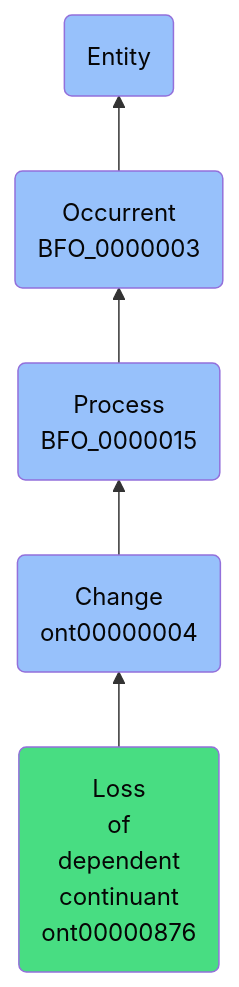
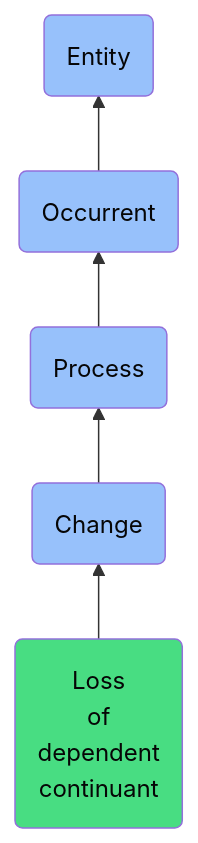
Before and after one commit to jupyter-naas/abi: the diagram in docs/ontology/reference/model/Entity/Occurrent/Process/Change/Loss of dependent continuant/Loss of dependent continuant.md, drawn with Mermaid. The commit also changed other lines of this file and 1430 other files, not shown here.

````diff
--- a/docs/ontology/reference/model/Entity/Occurrent/Process/Change/Loss of dependent continuant/Loss of dependent continuant.md
+++ b/docs/ontology/reference/model/Entity/Occurrent/Process/Change/Loss of dependent continuant/Loss of dependent continuant.md
@@ -24,12 +24,12 @@
 ```mermaid
 graph BT
-    ont00000876(Loss<br>of<br>dependent<br>continuant<br>ont00000876):::ABI-->ont00000004
-    ont00000004(Change<br>ont00000004):::BFO-->BFO_0000015
-    BFO_0000015(Process<br>BFO_0000015):::BFO-->BFO_0000003
-    BFO_0000003(Occurrent<br>BFO_0000003):::BFO-->BFO_0000001
+    ont00000876(Loss<br>of<br>dependent<br>continuant):::ABI-->ont00000004
+    ont00000004(Change):::BFO-->BFO_0000015
+    BFO_0000015(Process):::BFO-->BFO_0000003
+    BFO_0000003(Occurrent):::BFO-->BFO_0000001
     BFO_0000001(Entity):::BFO
     
     classDef BFO fill:#97c1fb,color:#060606
     classDef CCO fill:#e4c51e,color:#060606
     classDef ABI fill:#48DD82,color:#060606
 ```
````
